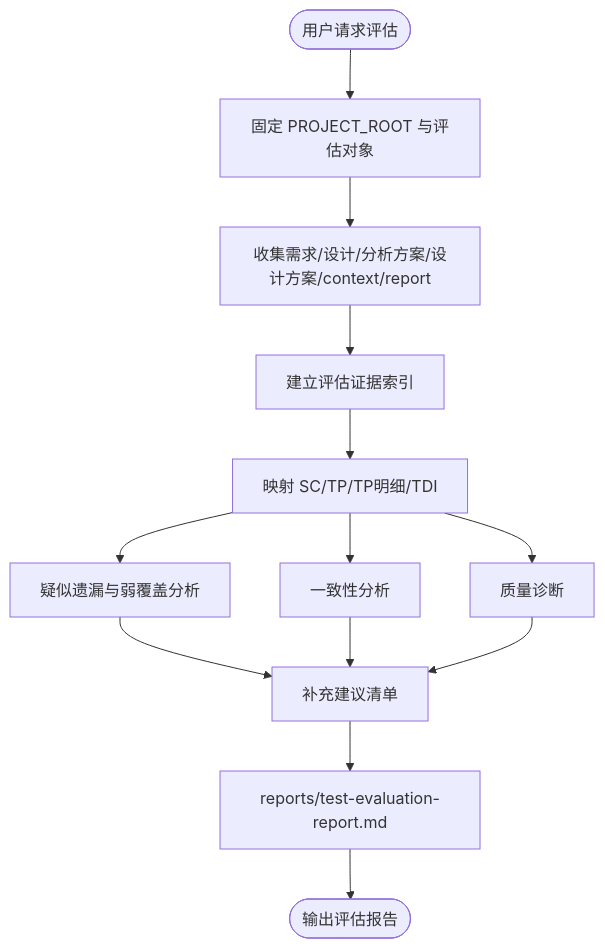
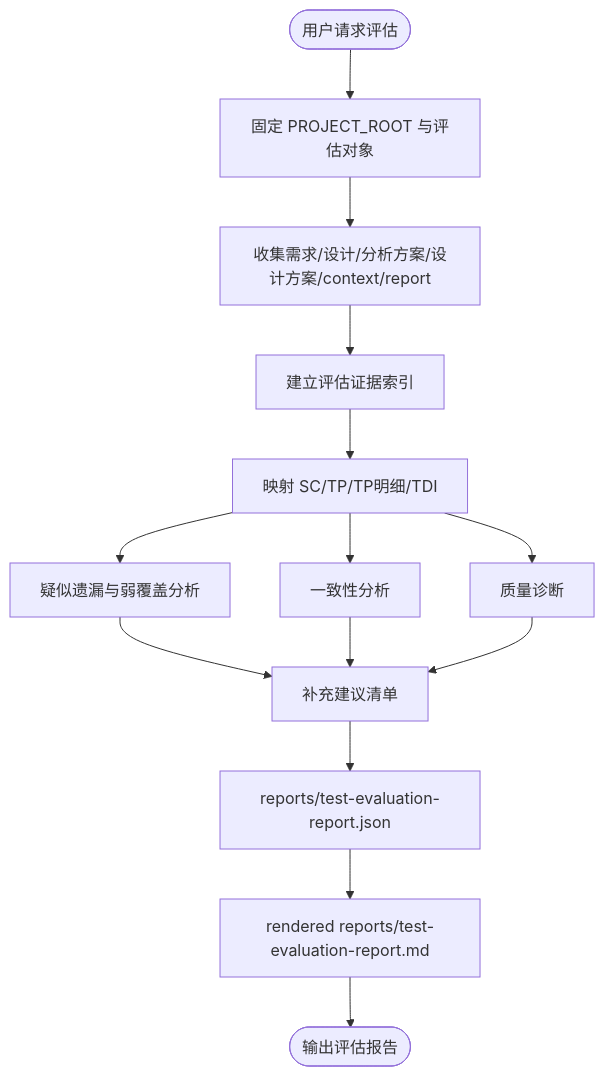
Before and after one commit to szluoqy-byte/Test-Analysis-Agent-MM: the diagram in docs/test-eval-agent-design.md, drawn with Mermaid. The commit also changed other lines of this file and 121 other files, not shown here.

````diff
--- a/docs/test-eval-agent-design.md
+++ b/docs/test-eval-agent-design.md
@@ -223,16 +203,17 @@
 ```mermaid
 flowchart TD
   start([用户请求评估])
   start --> bind[固定 PROJECT_ROOT 与评估对象]
   bind --> collect[收集需求/设计/分析方案/设计方案/context/report]
   collect --> index[建立评估证据索引]
   index --> map[映射 SC/TP/TP明细/TDI]
   map --> gap[疑似遗漏与弱覆盖分析]
   map --> consistency[一致性分析]
   map --> quality[质量诊断]
   gap --> plan[补充建议清单]
   consistency --> plan
   quality --> plan
-  plan --> report[reports/test-evaluation-report.md]
-  report --> finish([输出评估报告])
+  plan --> reportJson[reports/test-evaluation-report.json]
+  reportJson --> reportMd[rendered reports/test-evaluation-report.md]
+  reportMd --> finish([输出评估报告])
 ```
````
